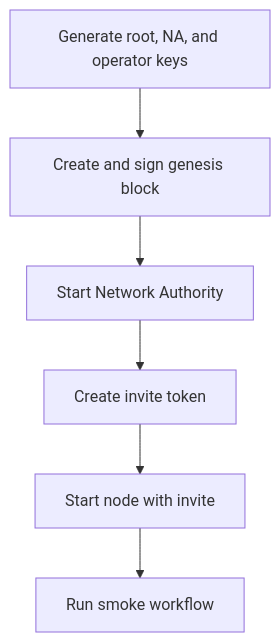
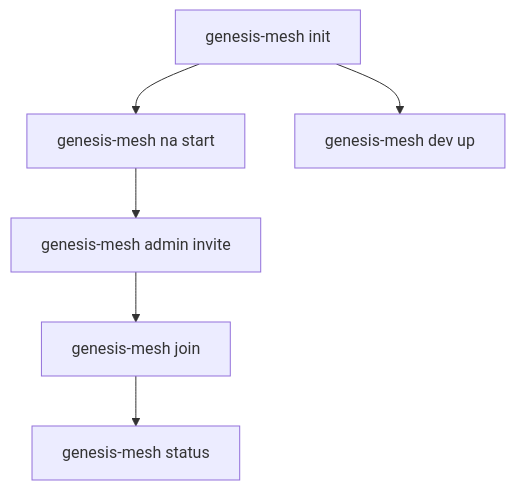
One commit to GenesisMeshLabs/genesismesh changed the diagram in docs/quickstart.md. Above: the diagram before and after it, drawn with Mermaid. The commit also changed other lines of this file and 31 other files, not shown here.

````diff
--- a/docs/quickstart.md
+++ b/docs/quickstart.md
@@ -7,15 +8,15 @@
 ```{mermaid}
 flowchart TD
-    keys["Generate root, NA, and operator keys"]
-    genesis["Create and sign genesis block"]
-    na["Start Network Authority"]
-    invite["Create invite token"]
-    node["Start node with invite"]
-    smoke["Run smoke workflow"]
+    init["genesis-mesh init"]
+    na["genesis-mesh na start"]
+    invite["genesis-mesh admin invite"]
+    join["genesis-mesh join"]
+    status["genesis-mesh status"]
+    dev["genesis-mesh dev up"]
 
-    keys --> genesis
-    genesis --> na
+    init --> na
     na --> invite
-    invite --> node
-    node --> smoke
+    invite --> join
+    join --> status
+    init --> dev
 ```
````
